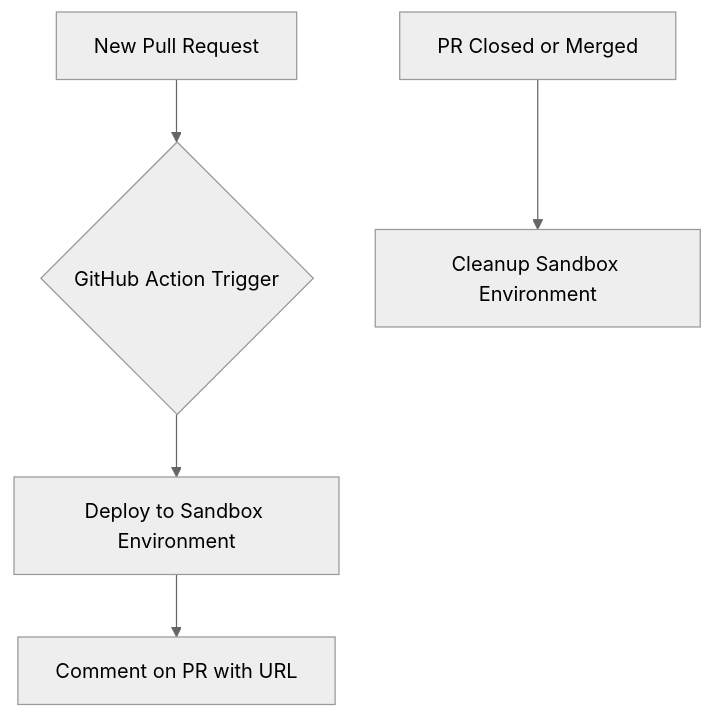
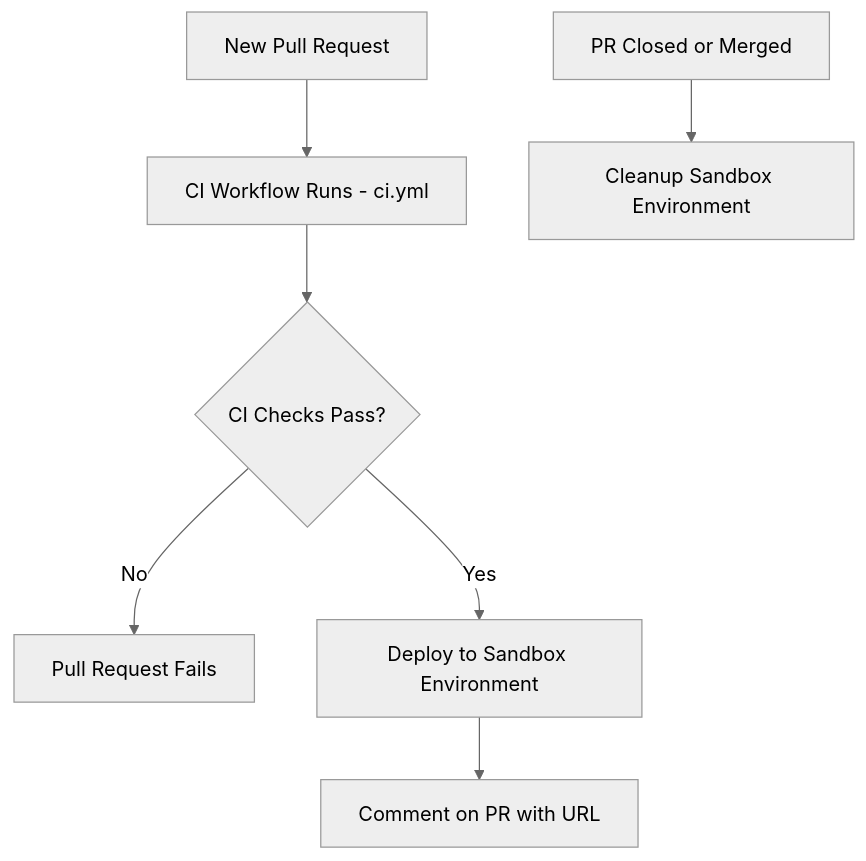
Before and after one commit to FrostUnmanned-Development/app-template: the first of 2 diagrams in README.md, drawn with Mermaid (neutral theme). The commit also changed other lines of this file, not shown here.

Commit message:
mermaid updates

````diff
--- a/README.md
+++ b/README.md
@@ -39,7 +39,9 @@
 ```mermaid
 graph TD
-    A[New Pull Request] --> B{GitHub Action Trigger}
-    B --> C[Deploy to Sandbox Environment]
-    C --> D[Comment on PR with URL]
-    E[PR Closed or Merged] --> F[Cleanup Sandbox Environment]
+    A[New Pull Request] --> B[CI Workflow Runs - ci.yml]
+    B --> C{CI Checks Pass?}
+    C -- No --> D[Pull Request Fails]
+    C -- Yes --> E[Deploy to Sandbox Environment]
+    E --> F[Comment on PR with URL]
+    G[PR Closed or Merged] --> H[Cleanup Sandbox Environment]
 ```
````
